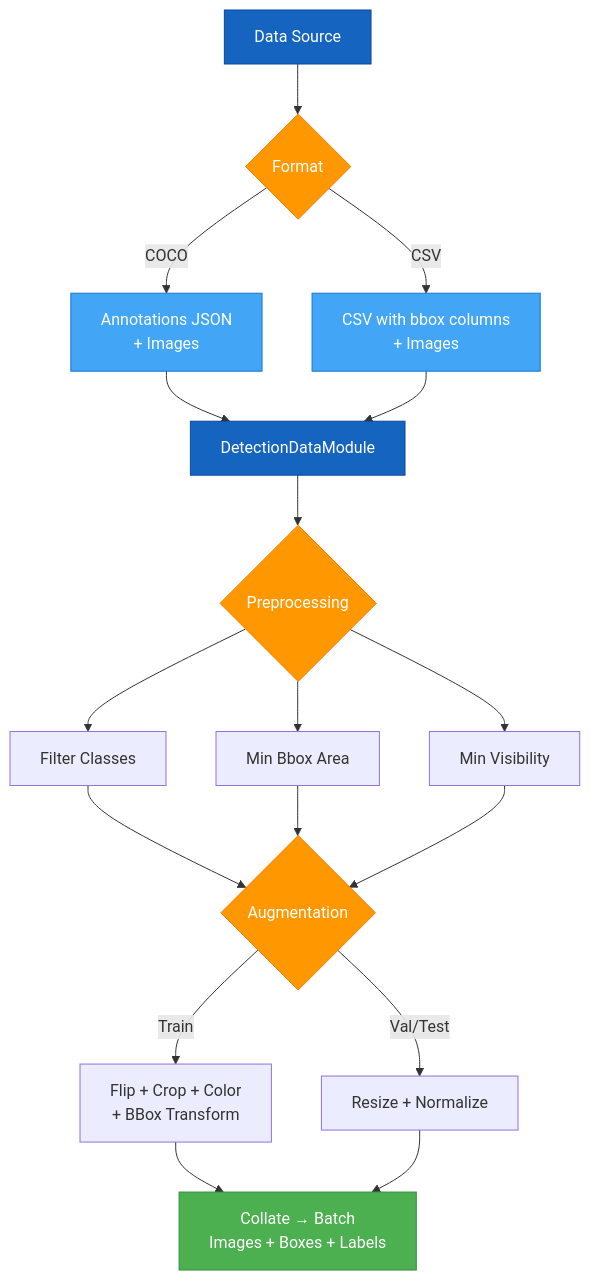
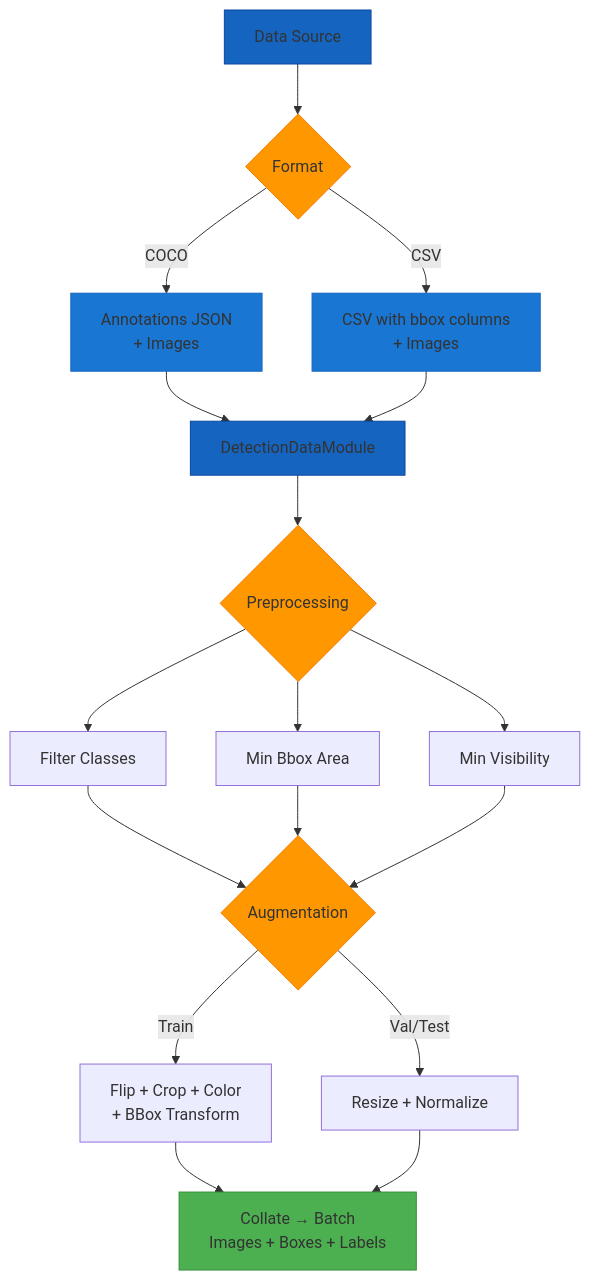
One commit to theja-vanka/AutoTimm changed the diagram in docs/user-guide/data-loading/object-detection-data.md. Above: the diagram before and after it, drawn with Mermaid. The commit also changed 37 other files, not shown here.

````diff
--- a/docs/user-guide/data-loading/object-detection-data.md
+++ b/docs/user-guide/data-loading/object-detection-data.md
@@ -7,28 +7,28 @@
 ```mermaid
 graph TD
     A[Data Source] --> B{Format}
     B -->|COCO| C1[Annotations JSON<br/>+ Images]
     B -->|CSV| C2[CSV with bbox columns<br/>+ Images]
     C1 --> D[DetectionDataModule]
     C2 --> D
     D --> E{Preprocessing}
     E --> F1[Filter Classes]
     E --> F2[Min Bbox Area]
     E --> F3[Min Visibility]
     F1 --> G{Augmentation}
     F2 --> G
     F3 --> G
     G -->|Train| H1[Flip + Crop + Color<br/>+ BBox Transform]
     G -->|Val/Test| H2[Resize + Normalize]
     H1 --> I[Collate → Batch<br/>Images + Boxes + Labels]
     H2 --> I
 
-    style A fill:#1565C0,stroke:#0D47A1,color:#fff
-    style B fill:#FF9800,stroke:#F57C00,color:#fff
-    style C1 fill:#42A5F5,stroke:#1976D2,color:#fff
-    style C2 fill:#42A5F5,stroke:#1976D2,color:#fff
-    style D fill:#1565C0,stroke:#0D47A1,color:#fff
-    style E fill:#FF9800,stroke:#F57C00,color:#fff
-    style G fill:#FF9800,stroke:#F57C00,color:#fff
-    style I fill:#4CAF50,stroke:#388E3C,color:#fff
+    style A fill:#1565C0,stroke:#0D47A1
+    style B fill:#FF9800,stroke:#F57C00
+    style C1 fill:#1976D2,stroke:#1565C0
+    style C2 fill:#1976D2,stroke:#1565C0
+    style D fill:#1565C0,stroke:#0D47A1
+    style E fill:#FF9800,stroke:#F57C00
+    style G fill:#FF9800,stroke:#F57C00
+    style I fill:#4CAF50,stroke:#388E3C
 ```
````
